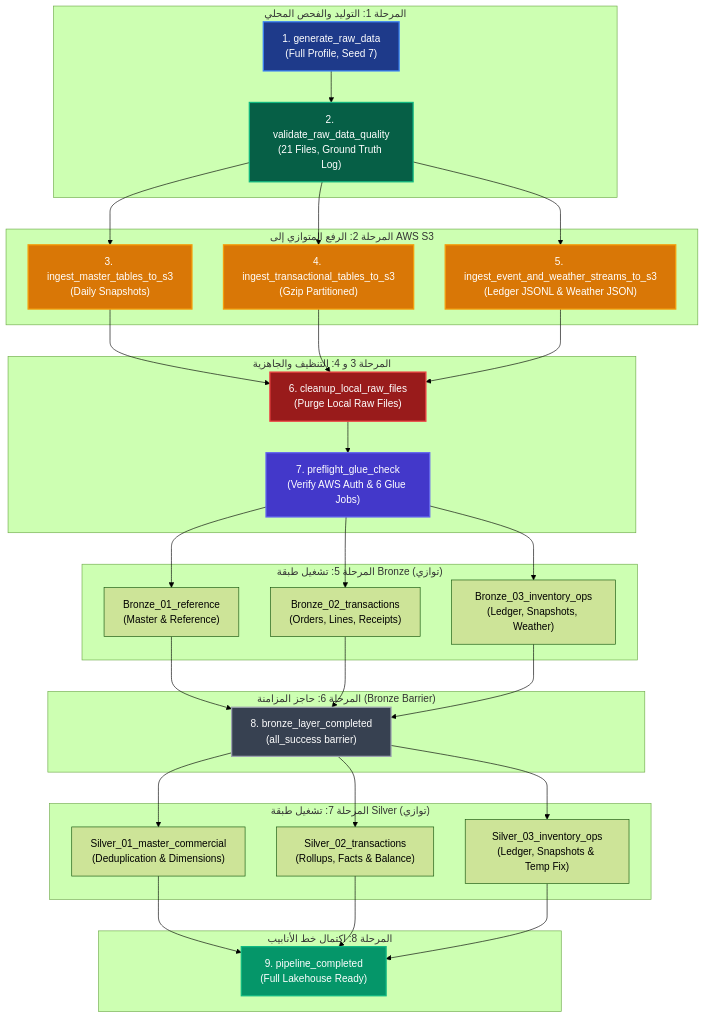
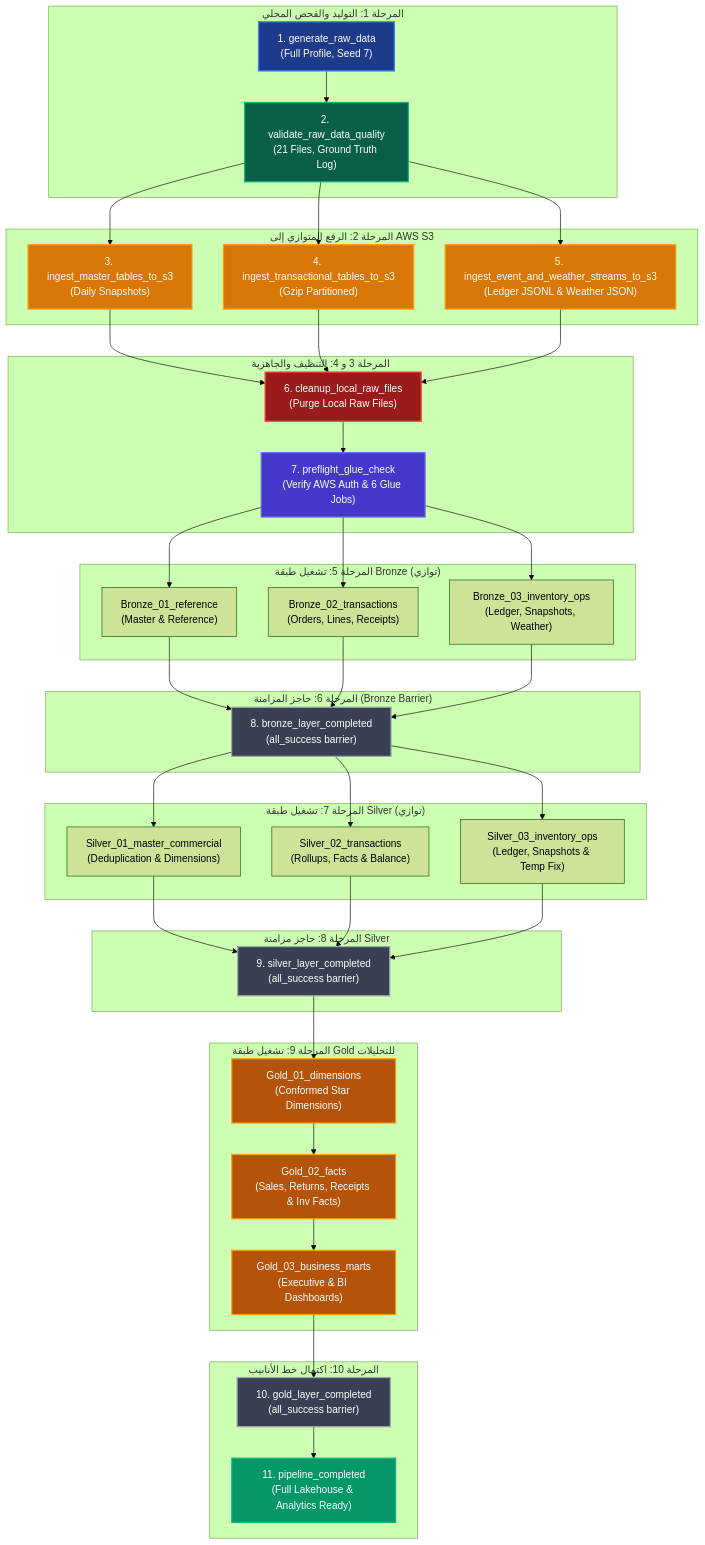
Before and after one commit to nhahub/NHA-5-137: the diagram in RAW_DATA_CATALOG_AND_DEFECTS.md, drawn with Mermaid (forest theme). The commit also changed other lines of this file and 8 other files, not shown here.

Commit message:
AWS Glue Gold Layer Pipeline

````diff
--- a/RAW_DATA_CATALOG_AND_DEFECTS.md
+++ b/RAW_DATA_CATALOG_AND_DEFECTS.md
@@ -598,53 +600,69 @@
 ```mermaid
 graph TD
     subgraph S1["المرحلة 1: التوليد والفحص المحلي"]
         G["1. generate_raw_data<br/>(Full Profile, Seed 7)"] --> V["2. validate_raw_data_quality<br/>(21 Files, Ground Truth Log)"]
     end
 
     subgraph S2["المرحلة 2: الرفع المتوازي إلى AWS S3"]
         V --> M["3. ingest_master_tables_to_s3<br/>(Daily Snapshots)"]
         V --> T["4. ingest_transactional_tables_to_s3<br/>(Gzip Partitioned)"]
         V --> E["5. ingest_event_and_weather_streams_to_s3<br/>(Ledger JSONL & Weather JSON)"]
     end
 
     subgraph S3["المرحلة 3 و 4: التنظيف والجاهزية"]
         M --> C["6. cleanup_local_raw_files<br/>(Purge Local Raw Files)"]
         T --> C
         E --> C
         C --> P["7. preflight_glue_check<br/>(Verify AWS Auth & 6 Glue Jobs)"]
     end
 
     subgraph S4["المرحلة 5: تشغيل طبقة Bronze (توازي)"]
         P --> B1["Bronze_01_reference<br/>(Master & Reference)"]
         P --> B2["Bronze_02_transactions<br/>(Orders, Lines, Receipts)"]
         P --> B3["Bronze_03_inventory_ops<br/>(Ledger, Snapshots, Weather)"]
     end
 
     subgraph S5["المرحلة 6: حاجز المزامنة (Bronze Barrier)"]
         B1 --> B_SYNC["8. bronze_layer_completed<br/>(all_success barrier)"]
         B2 --> B_SYNC
         B3 --> B_SYNC
     end
 
     subgraph S6["المرحلة 7: تشغيل طبقة Silver (توازي)"]
         B_SYNC --> S1_JOB["Silver_01_master_commercial<br/>(Deduplication & Dimensions)"]
         B_SYNC --> S2_JOB["Silver_02_transactions<br/>(Rollups, Facts & Balance)"]
         B_SYNC --> S3_JOB["Silver_03_inventory_ops<br/>(Ledger, Snapshots & Temp Fix)"]
     end
 
-    subgraph S7["المرحلة 8: اكتمال خط الأنابيب"]
-        S1_JOB --> FIN["9. pipeline_completed<br/>(Full Lakehouse Ready)"]
-        S2_JOB --> FIN
-        S3_JOB --> FIN
+    subgraph S7["المرحلة 8: حاجز مزامنة Silver"]
+        S1_JOB --> S_SYNC["9. silver_layer_completed<br/>(all_success barrier)"]
+        S2_JOB --> S_SYNC
+        S3_JOB --> S_SYNC
+    end
+
+    subgraph S8["المرحلة 9: تشغيل طبقة Gold للتحليلات"]
+        S_SYNC --> G1_JOB["Gold_01_dimensions<br/>(Conformed Star Dimensions)"]
+        G1_JOB --> G2_JOB["Gold_02_facts<br/>(Sales, Returns, Receipts & Inv Facts)"]
+        G2_JOB --> G3_JOB["Gold_03_business_marts<br/>(Executive & BI Dashboards)"]
+    end
+
+    subgraph S9["المرحلة 10: اكتمال خط الأنابيب"]
+        G3_JOB --> G_SYNC["10. gold_layer_completed<br/>(all_success barrier)"]
+        G_SYNC --> FIN["11. pipeline_completed<br/>(Full Lakehouse & Analytics Ready)"]
     end
 
     style G fill:#1e3a8a,stroke:#3b82f6,stroke-width:2px,color:#fff
     style V fill:#065f46,stroke:#10b981,stroke-width:2px,color:#fff
     style M fill:#d97706,stroke:#f59e0b,stroke-width:2px,color:#fff
     style T fill:#d97706,stroke:#f59e0b,stroke-width:2px,color:#fff
     style E fill:#d97706,stroke:#f59e0b,stroke-width:2px,color:#fff
     style C fill:#991b1b,stroke:#ef4444,stroke-width:2px,color:#fff
     style P fill:#4338ca,stroke:#6366f1,stroke-width:2px,color:#fff
     style B_SYNC fill:#374151,stroke:#9ca3af,stroke-width:2px,color:#fff
+    style S_SYNC fill:#374151,stroke:#9ca3af,stroke-width:2px,color:#fff
+    style G1_JOB fill:#b45309,stroke:#f59e0b,stroke-width:2px,color:#fff
+    style G2_JOB fill:#b45309,stroke:#f59e0b,stroke-width:2px,color:#fff
+    style G3_JOB fill:#b45309,stroke:#f59e0b,stroke-width:2px,color:#fff
+    style G_SYNC fill:#374151,stroke:#9ca3af,stroke-width:2px,color:#fff
     style FIN fill:#059669,stroke:#10b981,stroke-width:2px,color:#fff
 ```
````
